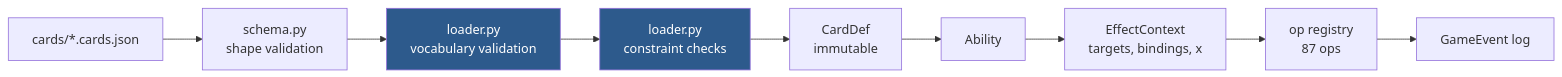
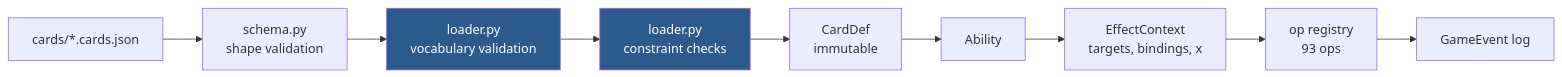
Before and after one commit to TylerGauntlett/commander-blitz: the diagram in docs/card-dsl.md, drawn with Mermaid. The commit also changed other lines of this file and 22 other files, not shown here.

````diff
--- a/docs/card-dsl.md
+++ b/docs/card-dsl.md
@@ -6,14 +6,14 @@
 ```mermaid
 flowchart LR
     json["cards/*.cards.json"] --> pydantic["schema.py<br/>shape validation"]
     pydantic --> vocab["loader.py<br/>vocabulary validation"]
     vocab --> constraints["loader.py<br/>constraint checks"]
     constraints --> carddef["CardDef<br/>immutable"]
     carddef --> ability["Ability"]
     ability --> ctx["EffectContext<br/>targets, bindings, x"]
-    ctx --> ops["op registry<br/>87 ops"]
+    ctx --> ops["op registry<br/>93 ops"]
     ops --> events["GameEvent log"]
 
     style vocab fill:#2d5a8c,color:#fff
     style constraints fill:#2d5a8c,color:#fff
 ```
````
